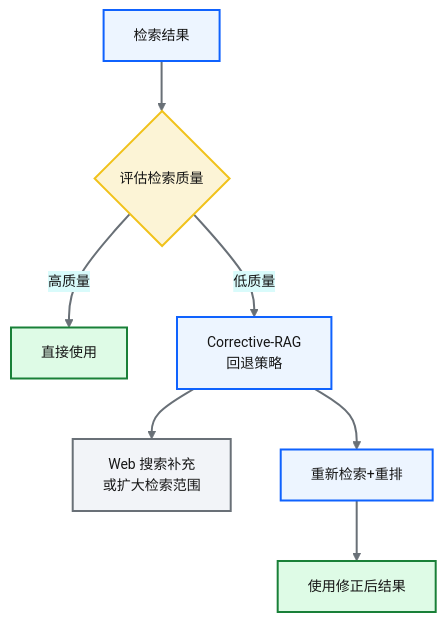
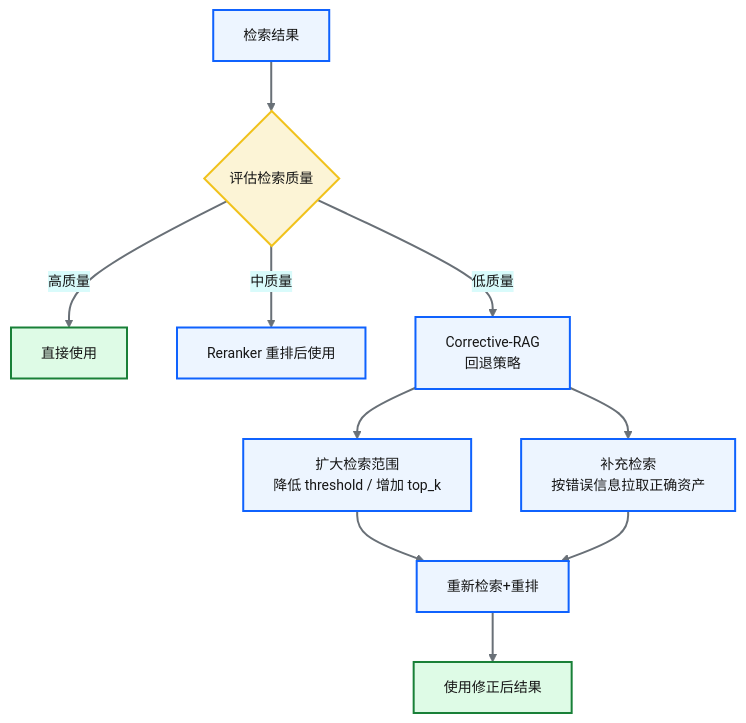
Before and after one commit to zhiweio/from-data-to-intelligence: the fourth of 5 diagrams in docs/41-RVGD四引擎RAG检索.md, drawn with Mermaid. The commit also changed other lines of this file and 13 other files, not shown here.

````diff
--- a/docs/41-RVGD四引擎RAG检索.md
+++ b/docs/41-RVGD四引擎RAG检索.md
@@ -116,27 +246,31 @@
 ```mermaid
 %%{init: {'theme':'base','themeVariables':{'primaryColor':'#edf5ff','primaryTextColor':'#161616','primaryBorderColor':'#0f62fe','lineColor':'#697077','secondaryColor':'#d9fbfb','tertiaryColor':'#f2f4f8','fontSize':'14px'}}}%%
 flowchart TD
  RETRIEVE[检索结果] --> EVAL{评估检索质量}
  EVAL -->|高质量|USE[直接使用]
+ EVAL -->|中质量|RERANK[Reranker 重排后使用]
  EVAL -->|低质量|CRAG[Corrective-RAG<br/>回退策略]
- CRAG --> WEB[Web 搜索补充<br/>或扩大检索范围]
- CRAG --> REGEN[重新检索+重排]
+ CRAG --> EXPAND[扩大检索范围<br/>降低 threshold / 增加 top_k]
+ CRAG --> SUPPLEMENT[补充检索<br/>按错误信息拉取正确资产]
+ EXPAND --> REGEN[重新检索+重排]
+ SUPPLEMENT --> REGEN
  REGEN --> USE2[使用修正后结果]
 
  classDef bpProcess fill:#edf5ff,stroke:#0f62fe,stroke-width:2px,color:#161616
  classDef bpData fill:#d9fbfb,stroke:#007d79,stroke-width:2px,color:#161616
  classDef bpDecision fill:#fcf4d6,stroke:#f1c21b,stroke-width:2px,color:#161616
  classDef bpSuccess fill:#defbe6,stroke:#198038,stroke-width:2px,color:#161616
  classDef bpError fill:#fff1f1,stroke:#da1e28,stroke-width:2px,color:#161616
  classDef bpExternal fill:#f2f4f8,stroke:#697077,stroke-width:2px,color:#161616
  classDef bpInfo fill:#f6f2ff,stroke:#8a3ffc,stroke-width:2px,color:#161616
  classDef bpGroup fill:#ffffff,stroke:#0f62fe,stroke-width:2px,color:#161616
  class RETRIEVE bpProcess
  class EVAL bpDecision
  class USE bpSuccess
+ class RERANK bpProcess
  class CRAG bpProcess
- class WEB bpExternal
+ class EXPAND,SUPPLEMENT bpProcess
  class REGEN bpProcess
  class USE2 bpSuccess
  linkStyle default stroke:#697077,stroke-width:2px
 ```
````
